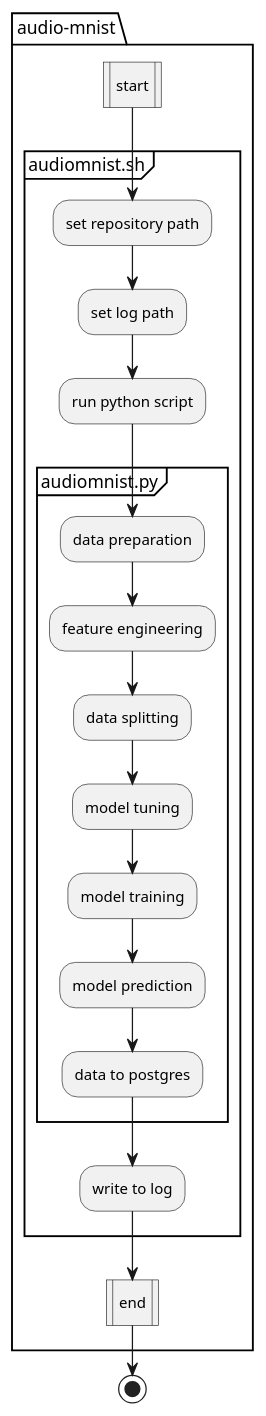
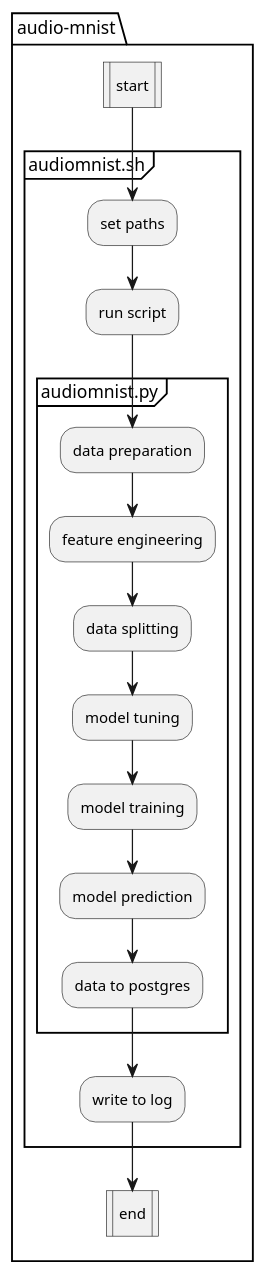
Before and after one commit to Aketirani/audio-mnist: the diagram in flowchart.wsd, drawn with PlantUML. The commit also changed 3 other files, not shown here.

```diff
--- a/flowchart.wsd
+++ b/flowchart.wsd
@@ -1,23 +1,21 @@
 @startuml Pipeline Flowchart
 |audio_mnist|
 package "audio-mnist" {
     :start|
     partition "audiomnist.sh" {
-        :set repository path;
-        :set log path;
-        :run python script;
+        :set paths;
+        :run script;
         partition "audiomnist.py" {
             :data preparation;
             :feature engineering;
             :data splitting;
             :model tuning;
             :model training;
             :model prediction;
             :data to postgres;
         }
         :write to log;
     }
     :end|
 }
-stop
 @enduml
```
